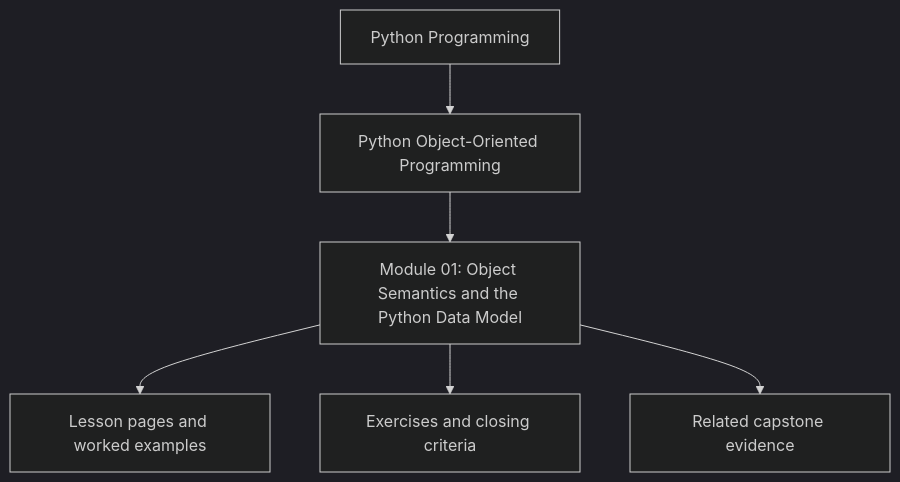
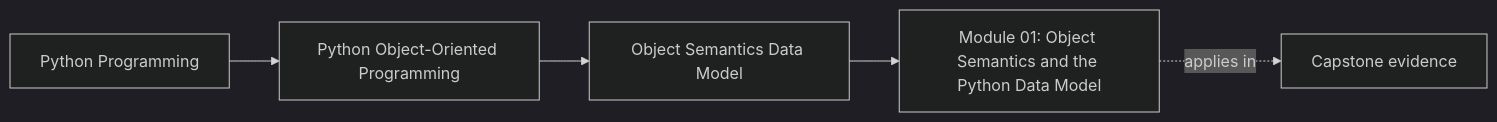
The first of 2 diagrams in programs/python-programming/python-object-oriented-programming/course-book/module-01-object-semantics-data-model/index.md (bijux/bijux-masterclass), drawn with Mermaid (dark theme) before and after one commit. The commit also changed other lines of this file and 65 other files, not shown here.

Commit message:
docs(python-object-oriented-programming): map object model and design foundations

````diff
--- a/programs/python-programming/python-object-oriented-programming/course-book/module-01-object-semantics-data-model/index.md
+++ b/programs/python-programming/python-object-oriented-programming/course-book/module-01-object-semantics-data-model/index.md
@@ -7,8 +7,11 @@
 ```mermaid
-flowchart TD
-  family["Python Programming"] --> program["Python Object-Oriented Programming"]
-  program --> module["Module 01: Object Semantics and the Python Data Model"]
-  module --> lessons["Lesson pages and worked examples"]
-  module --> checkpoints["Exercises and closing criteria"]
-  module --> capstone["Related capstone evidence"]
+graph LR
+  family["Python Programming"]
+  program["Python Object-Oriented Programming"]
+  section["Object Semantics Data Model"]
+  page["Module 01: Object Semantics and the Python Data Model"]
+  capstone["Capstone evidence"]
+
+  family --> program --> section --> page
+  page -.applies in.-> capstone
 ```
````
